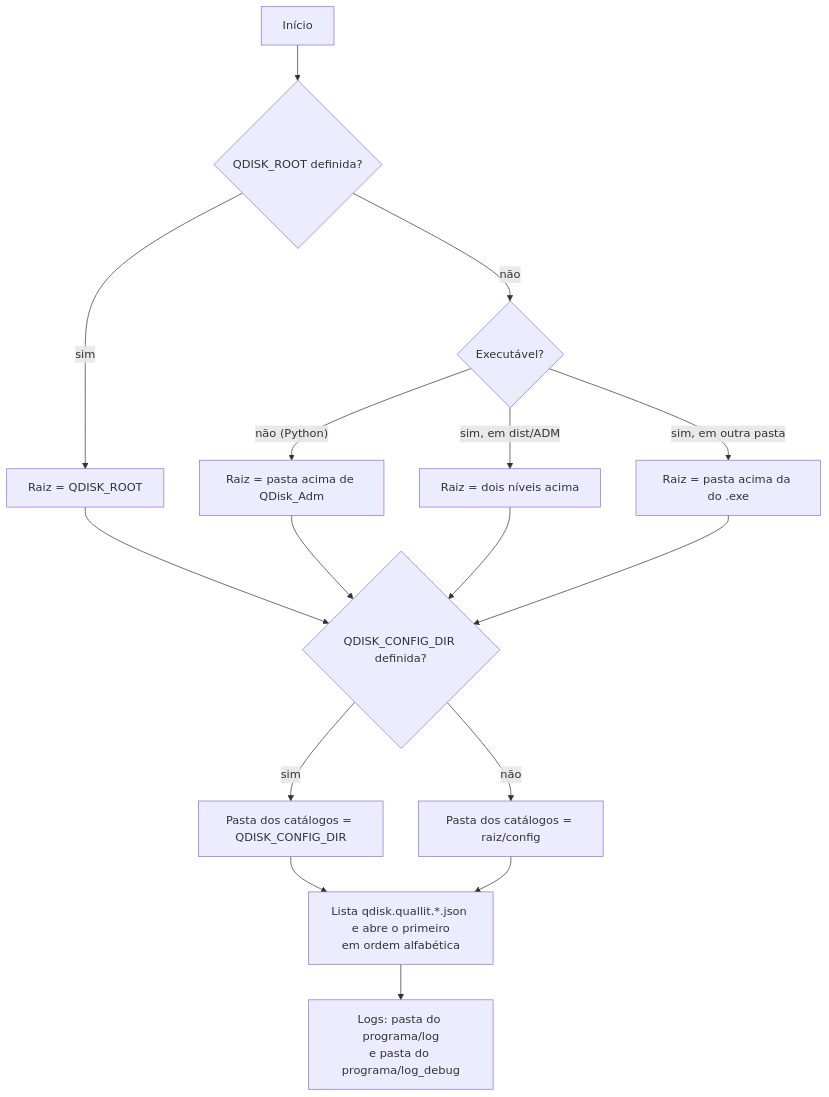
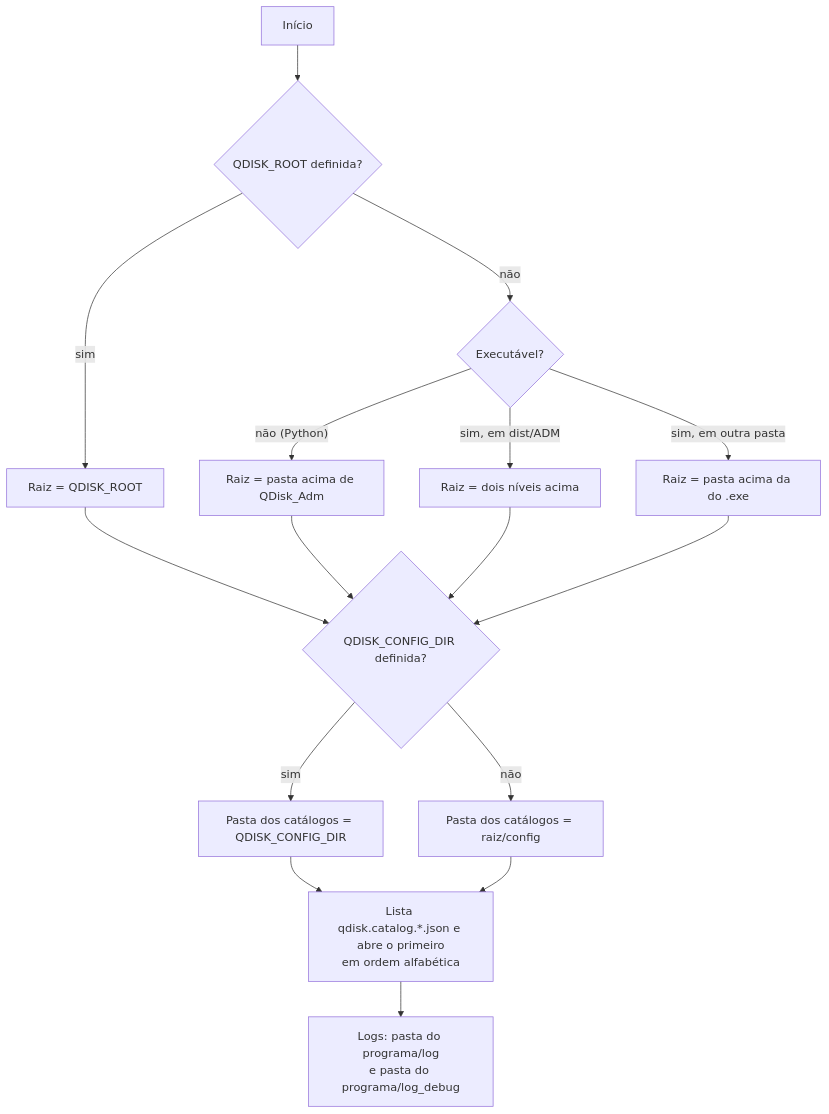
Before and after one commit to MarceloSobral-Quallit/Q-DISK: the second of 11 diagrams in docs/FLUXOS_QDisk_Adm.md, drawn with Mermaid. The commit also changed other lines of this file and 23 other files, not shown here.

Commit message:
refactor: catálogos qdisk.catalog.*.json e manifesto de atualização qdisk.update.json

````diff
--- a/docs/FLUXOS_QDisk_Adm.md
+++ b/docs/FLUXOS_QDisk_Adm.md
@@ -40,14 +40,14 @@
 ```mermaid
 flowchart TD
     A[Início] --> B{QDISK_ROOT definida?}
     B -- sim --> R[Raiz = QDISK_ROOT]
     B -- não --> C{Executável?}
     C -- "não (Python)" --> R1["Raiz = pasta acima de QDisk_Adm"]
     C -- "sim, em dist/ADM" --> R2[Raiz = dois níveis acima]
     C -- "sim, em outra pasta" --> R3[Raiz = pasta acima da do .exe]
     R & R1 & R2 & R3 --> D{QDISK_CONFIG_DIR definida?}
     D -- sim --> E[Pasta dos catálogos = QDISK_CONFIG_DIR]
     D -- não --> F["Pasta dos catálogos = raiz/config"]
-    E & F --> G["Lista qdisk.quallit.*.json e abre o primeiro<br/>em ordem alfabética"]
+    E & F --> G["Lista qdisk.catalog.*.json e abre o primeiro<br/>em ordem alfabética"]
     G --> H["Logs: pasta do programa/log<br/>e pasta do programa/log_debug"]
 ```
````
